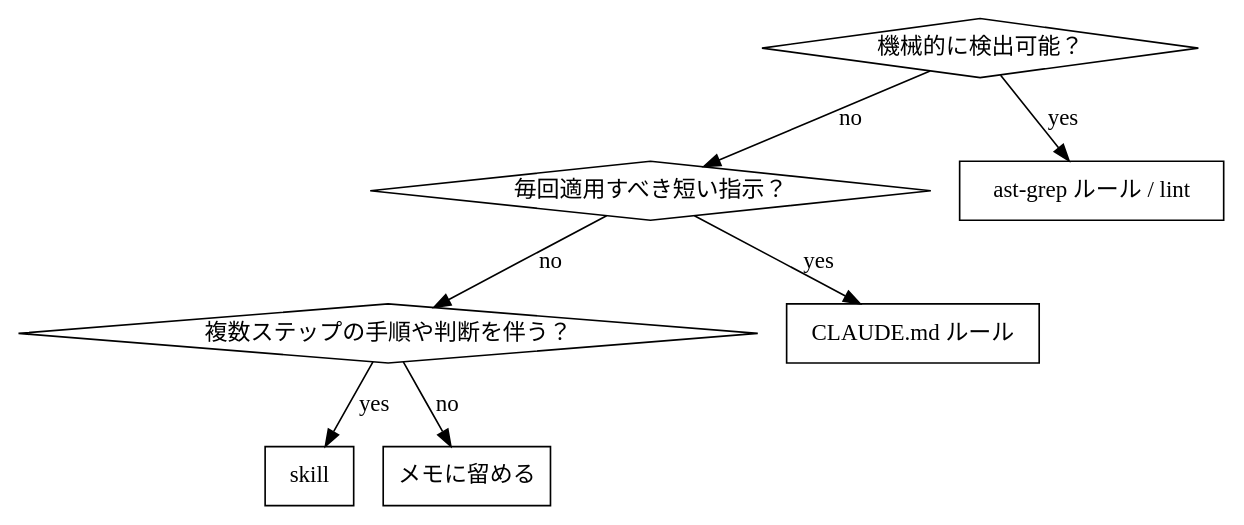
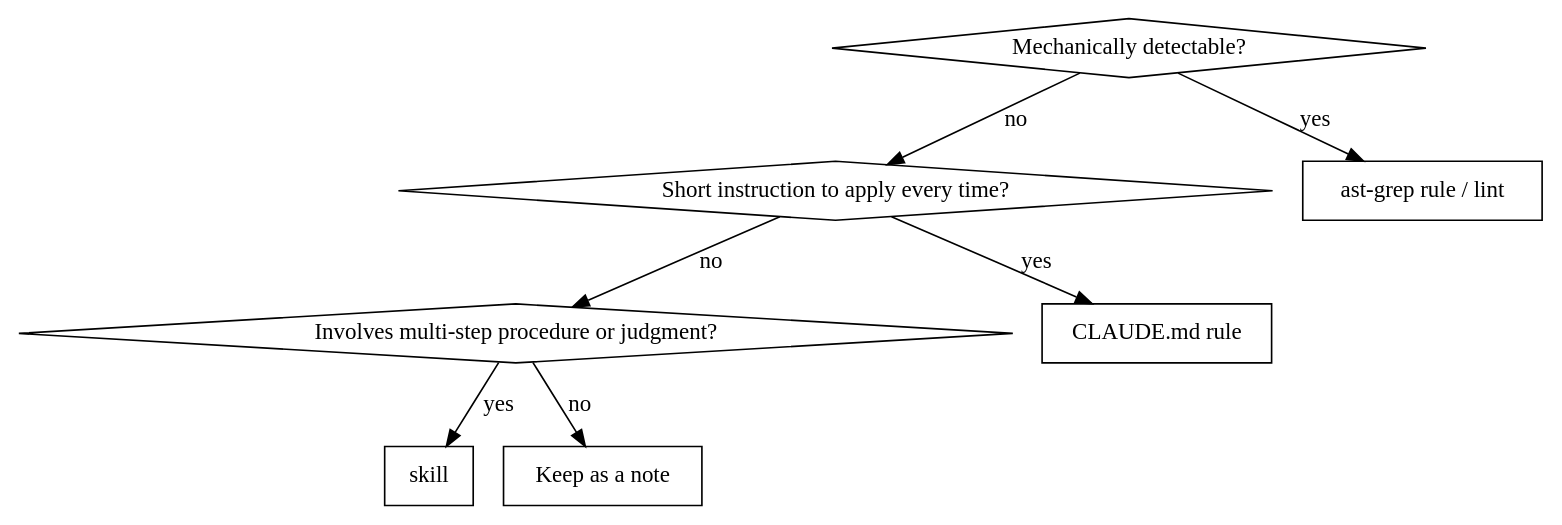
Before and after one commit to esh2n/dotfiles: the diagram in domains/dev/llm/harness/skills/retrospective-codify/SKILL.md, drawn with Graphviz. The commit also changed other lines of this file and 9 other files, not shown here.

````diff
--- a/domains/dev/llm/harness/skills/retrospective-codify/SKILL.md
+++ b/domains/dev/llm/harness/skills/retrospective-codify/SKILL.md
@@ -60,18 +60,18 @@
 ```dot
 digraph classify {
-    "機械的に検出可能？" [shape=diamond];
-    "毎回適用すべき短い指示？" [shape=diamond];
-    "複数ステップの手順や判断を伴う？" [shape=diamond];
-    "ast-grep ルール / lint" [shape=box];
-    "CLAUDE.md ルール" [shape=box];
+    "Mechanically detectable?" [shape=diamond];
+    "Short instruction to apply every time?" [shape=diamond];
+    "Involves multi-step procedure or judgment?" [shape=diamond];
+    "ast-grep rule / lint" [shape=box];
+    "CLAUDE.md rule" [shape=box];
     "skill" [shape=box];
-    "メモに留める" [shape=box];
+    "Keep as a note" [shape=box];
 
-    "機械的に検出可能？" -> "ast-grep ルール / lint" [label="yes"];
-    "機械的に検出可能？" -> "毎回適用すべき短い指示？" [label="no"];
-    "毎回適用すべき短い指示？" -> "CLAUDE.md ルール" [label="yes"];
-    "毎回適用すべき短い指示？" -> "複数ステップの手順や判断を伴う？" [label="no"];
-    "複数ステップの手順や判断を伴う？" -> "skill" [label="yes"];
-    "複数ステップの手順や判断を伴う？" -> "メモに留める" [label="no"];
+    "Mechanically detectable?" -> "ast-grep rule / lint" [label="yes"];
+    "Mechanically detectable?" -> "Short instruction to apply every time?" [label="no"];
+    "Short instruction to apply every time?" -> "CLAUDE.md rule" [label="yes"];
+    "Short instruction to apply every time?" -> "Involves multi-step procedure or judgment?" [label="no"];
+    "Involves multi-step procedure or judgment?" -> "skill" [label="yes"];
+    "Involves multi-step procedure or judgment?" -> "Keep as a note" [label="no"];
 }
 ```
````
